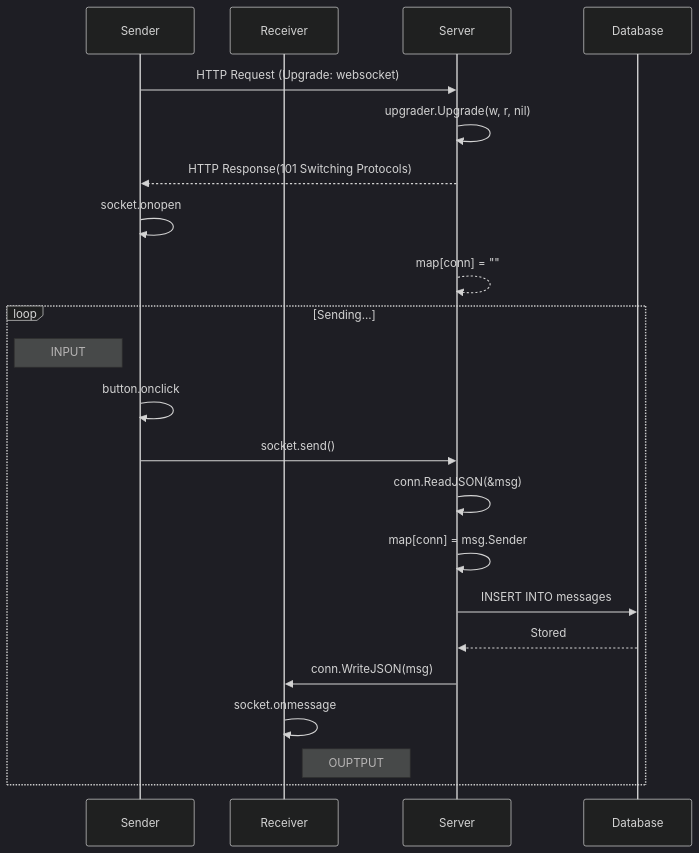
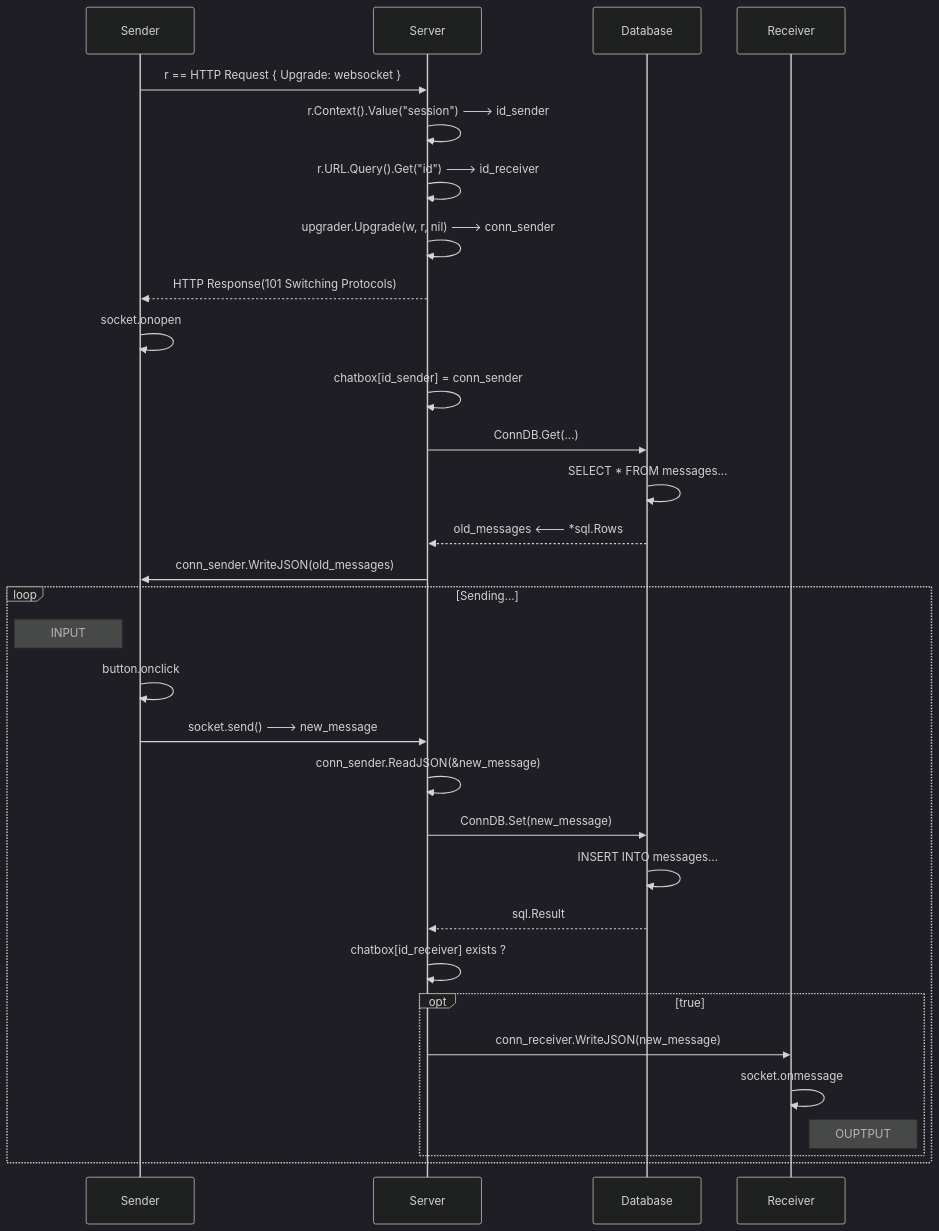
Before and after one commit to mamadbah2/social-network: the eighth of 10 diagrams in README.md, drawn with Mermaid (dark theme). The commit also changed 1 other file, not shown here.

Commit message:
Optimisations...

````diff
--- a/README.md
+++ b/README.md
@@ -397,26 +397,36 @@
 ```mermaid
 sequenceDiagram
     Participant Sender
-    Participant Receiver
     Participant Server
     Participant Database
+    Participant Receiver
 
-    Sender ->> Server: HTTP Request (Upgrade: websocket)
-    Server ->> Server: upgrader.Upgrade(w, r, nil)
+    Sender ->> Server: r == HTTP Request { Upgrade: websocket }
+    Server ->> Server: r.Context().Value("session") ---> id_sender
+    Server ->> Server: r.URL.Query().Get("id") ---> id_receiver
+    Server ->> Server: upgrader.Upgrade(w, r, nil) ---> conn_sender
     Server -->> Sender: HTTP Response(101 Switching Protocols)
     Sender ->> Sender: socket.onopen
-    Server -->> Server: map[conn] = ""
+    Server ->> Server: chatbox[id_sender] = conn_sender
+
+    Server ->> Database: ConnDB.Get(...)
+    Database ->> Database: SELECT * FROM messages...
+    Database -->> Server: old_messages <--- *sql.Rows
+    Server ->> Sender: conn_sender.WriteJSON(old_messages)
 
     loop Sending...
         Note left of Sender: INPUT
         Sender ->> Sender: button.onclick
-        Sender ->> Server: socket.send()
-       Server ->> Server: conn.ReadJSON(&msg)
-        Server ->> Server: map[conn] = msg.Sender
-        Server ->> Database: INSERT INTO messages
-        Database -->> Server: Stored
-        Server ->> Receiver: conn.WriteJSON(msg)
-       Receiver ->> Receiver: socket.onmessage
-        Note right of Receiver: OUPTPUT
+        Sender ->> Server: socket.send() ---> new_message
+        Server ->> Server: conn_sender.ReadJSON(&new_message)
+        Server ->> Database: ConnDB.Set(new_message)
+        Database ->> Database: INSERT INTO messages...
+        Database -->> Server: sql.Result
+        Server ->> Server: chatbox[id_receiver] exists ?
+        opt true
+            Server ->> Receiver: conn_receiver.WriteJSON(new_message)
+            Receiver ->> Receiver: socket.onmessage
+            Note right of Receiver: OUPTPUT
+        end
     end
 ```
````
